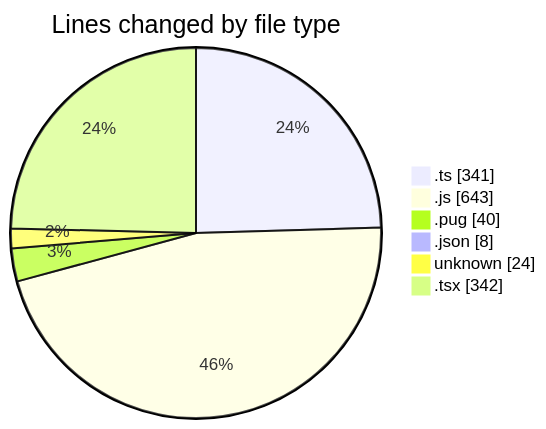
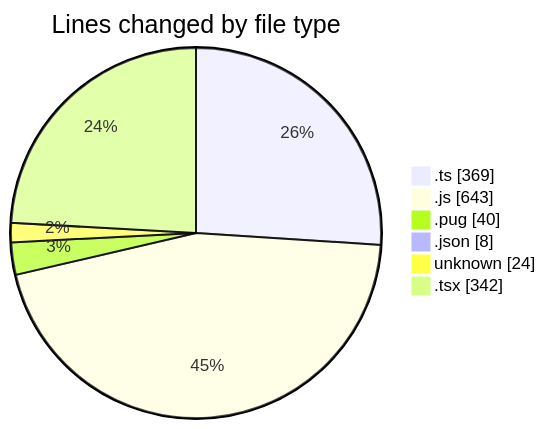
The first of 2 diagrams in 2025-02-25/cda/README.md (momahboobian/code-tracking), drawn with Mermaid before and after one commit. The commit also changed other lines of this file and 1 other file, not shown here.

````diff
--- a/2025-02-25/cda/README.md
+++ b/2025-02-25/cda/README.md
@@ -35,10 +35,10 @@
 ```mermaid
 pie showData
 title Lines changed by file type
-".ts" : 341
+".ts" : 369
 ".js" : 643
 ".pug" : 40
 ".json" : 8
 "unknown" : 24
 ".tsx" : 342
 ```
````
